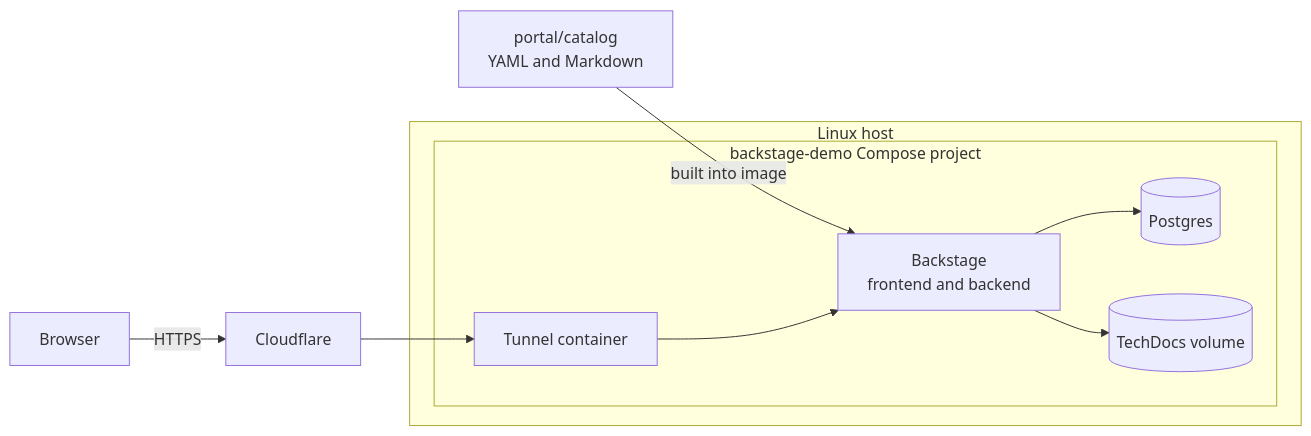
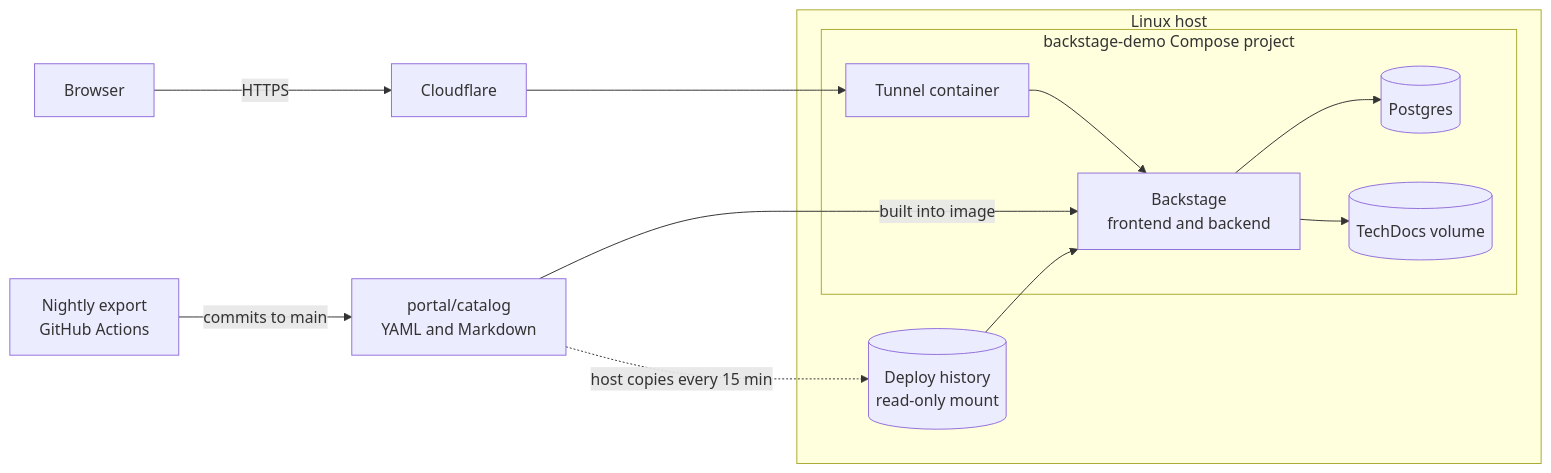
One commit to fossierstudio/fossier-portal changed the diagram in README.md. Above: the diagram before and after it, drawn with Mermaid.

Commit message:
Show the deploy history sync in the diagram

````diff
--- a/README.md
+++ b/README.md
@@ -86,17 +86,21 @@
 ```mermaid
 flowchart LR
     browser[Browser] -->|HTTPS| cloudflare[Cloudflare]
     cloudflare --> tunnel
     subgraph host[Linux host]
         subgraph stack[backstage-demo Compose project]
             tunnel[Tunnel container]
             portal[Backstage<br/>frontend and backend]
             postgres[(Postgres)]
             techdocs[(TechDocs volume)]
         end
+        history[(Deploy history<br/>read-only mount)]
     end
     catalog[portal/catalog<br/>YAML and Markdown] -->|built into image| portal
+    actions[Nightly export<br/>GitHub Actions] -->|commits to main| catalog
+    catalog -.->|host copies every 15 min| history
+    history --> portal
     tunnel --> portal
     portal --> postgres
     portal --> techdocs
 ```
````
